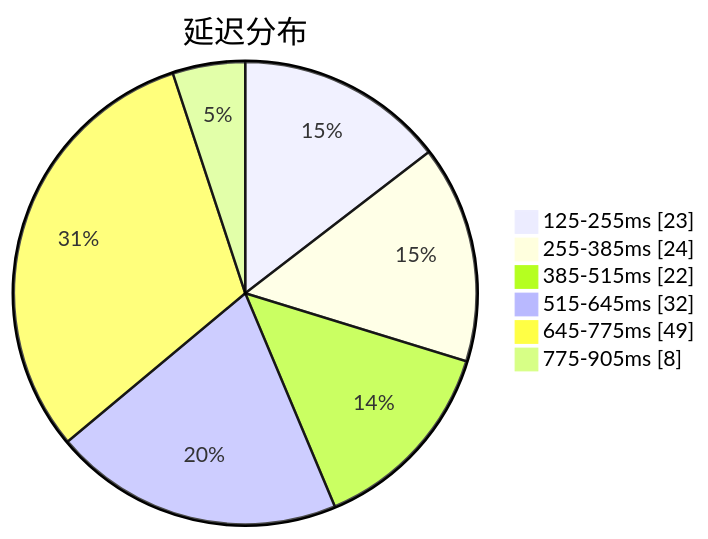
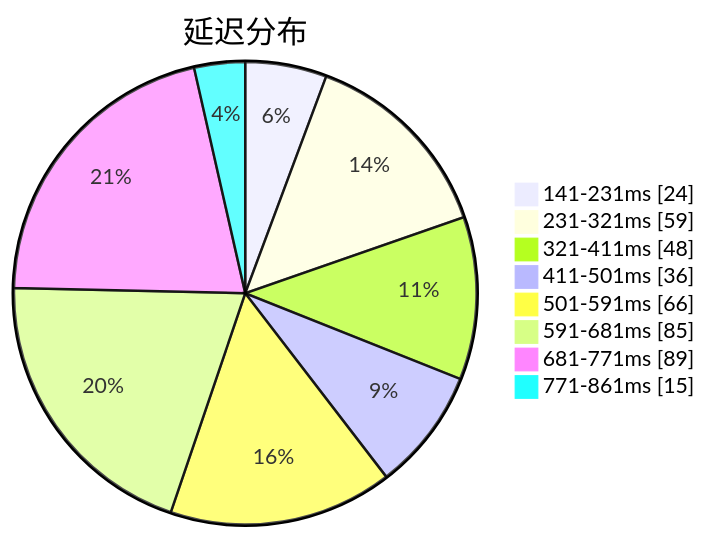
One commit to sinspired/airport changed the first of 3 diagrams in subs/statistics/tested_within.md. Above: the diagram before and after it, drawn with Mermaid. The commit also changed other lines of this file and 2 other files, not shown here.

````diff
--- a/subs/statistics/tested_within.md
+++ b/subs/statistics/tested_within.md
@@ -2,10 +2,12 @@
 ```mermaid
 pie showData
 title 延迟分布
-"125-255ms" : 23
-"255-385ms" : 24
-"385-515ms" : 22
-"515-645ms" : 32
-"645-775ms" : 49
-"775-905ms" : 8
+"141-231ms" : 24
+"231-321ms" : 59
+"321-411ms" : 48
+"411-501ms" : 36
+"501-591ms" : 66
+"591-681ms" : 85
+"681-771ms" : 89
+"771-861ms" : 15
 ```
````
